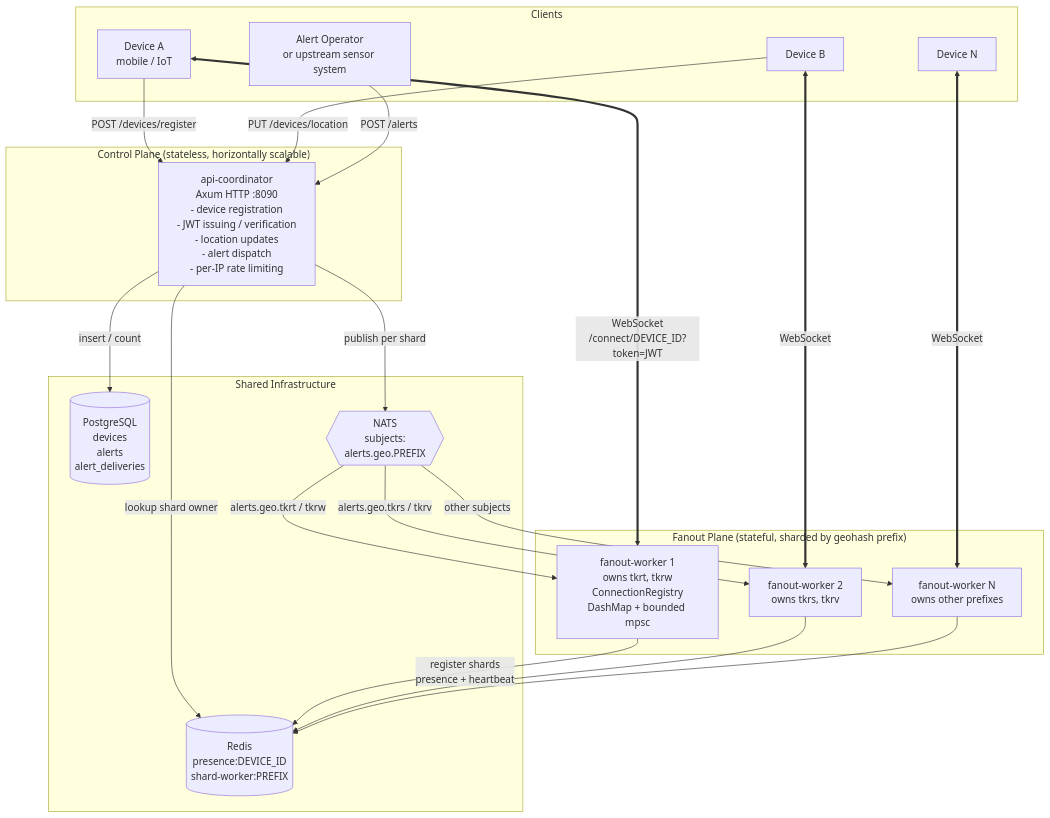
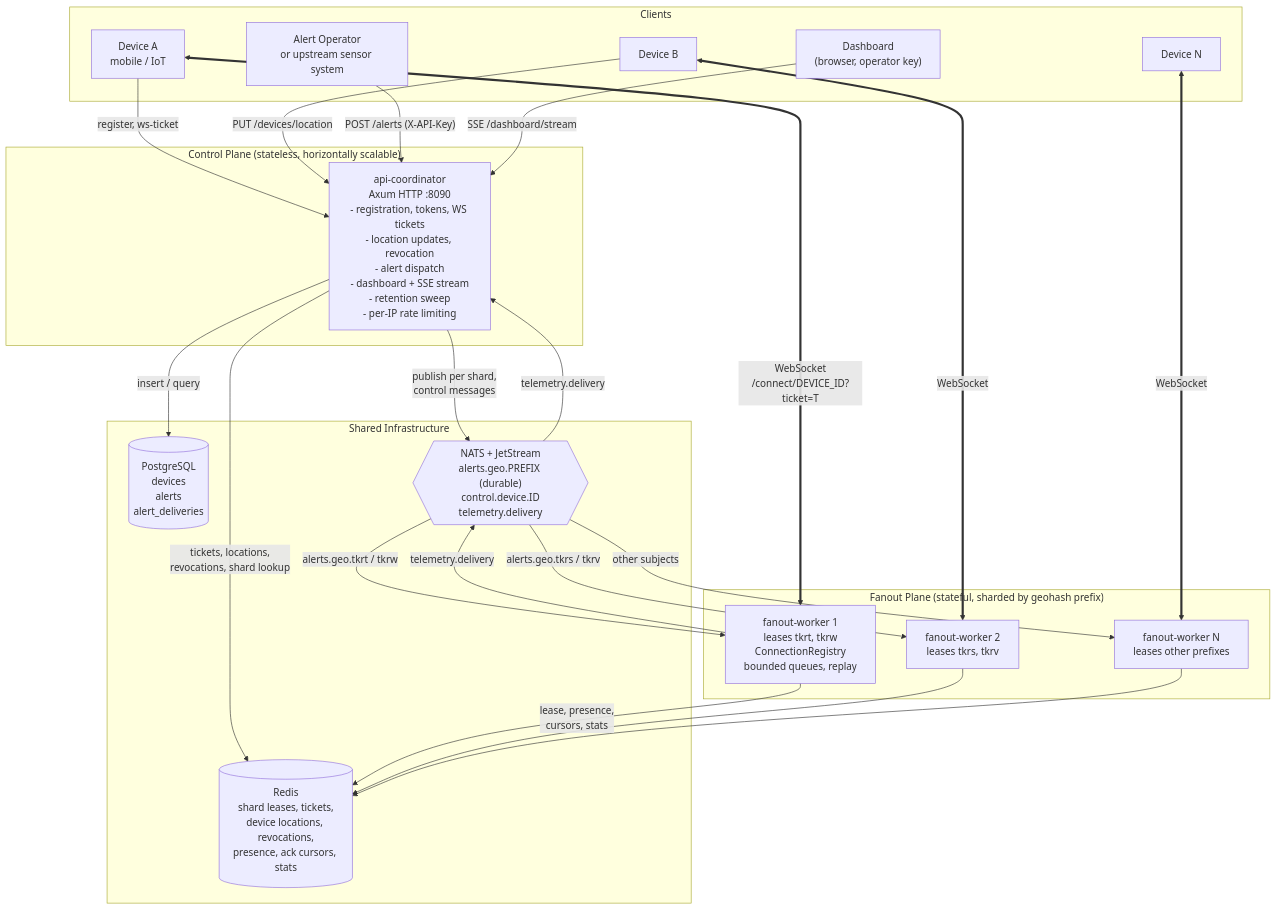
The first of 14 diagrams in README.md (MuaazTasawar/pulsegrid), drawn with Mermaid before and after one commit. The commit also changed other lines of this file and 4 other files, not shown here.

````diff
--- a/README.md
+++ b/README.md
@@ -95,45 +104,49 @@
 ```mermaid
 flowchart TB
     subgraph Clients["Clients"]
         D1["Device A<br/>mobile / IoT"]
         D2["Device B"]
         D3["Device N"]
         OP["Alert Operator<br/>or upstream sensor system"]
+        DASH["Dashboard<br/>(browser, operator key)"]
     end
 
     subgraph Control["Control Plane (stateless, horizontally scalable)"]
-        API["api-coordinator<br/>Axum HTTP :8090<br/>- device registration<br/>- JWT issuing / verification<br/>- location updates<br/>- alert dispatch<br/>- per-IP rate limiting"]
+        API["api-coordinator<br/>Axum HTTP :8090<br/>- registration, tokens, WS tickets<br/>- location updates, revocation<br/>- alert dispatch<br/>- dashboard + SSE stream<br/>- retention sweep<br/>- per-IP rate limiting"]
     end
 
     subgraph Data["Shared Infrastructure"]
         PG[("PostgreSQL<br/>devices<br/>alerts<br/>alert_deliveries")]
-        NATS{{"NATS<br/>subjects:<br/>alerts.geo.PREFIX"}}
-        REDIS[("Redis<br/>presence:DEVICE_ID<br/>shard-worker:PREFIX")]
+        NATS{{"NATS + JetStream<br/>alerts.geo.PREFIX (durable)<br/>control.device.ID<br/>telemetry.delivery"}}
+        REDIS[("Redis<br/>shard leases, tickets,<br/>device locations, revocations,<br/>presence, ack cursors, stats")]
     end
 
     subgraph Fanout["Fanout Plane (stateful, sharded by geohash prefix)"]
-        W1["fanout-worker 1<br/>owns tkrt, tkrw<br/>ConnectionRegistry<br/>DashMap + bounded mpsc"]
-        W2["fanout-worker 2<br/>owns tkrs, tkrv"]
-        WN["fanout-worker N<br/>owns other prefixes"]
+        W1["fanout-worker 1<br/>leases tkrt, tkrw<br/>ConnectionRegistry<br/>bounded queues, replay"]
+        W2["fanout-worker 2<br/>leases tkrs, tkrv"]
+        WN["fanout-worker N<br/>leases other prefixes"]
     end
 
-    D1 -- "POST /devices/register" --> API
+    D1 -- "register, ws-ticket" --> API
     D2 -- "PUT /devices/location" --> API
-    OP -- "POST /alerts" --> API
+    OP -- "POST /alerts (X-API-Key)" --> API
+    DASH -- "SSE /dashboard/stream" --> API
 
-    API -- "insert / count" --> PG
-    API -- "lookup shard owner" --> REDIS
-    API -- "publish per shard" --> NATS
+    API -- "insert / query" --> PG
+    API -- "tickets, locations,<br/>revocations, shard lookup" --> REDIS
+    API -- "publish per shard,<br/>control messages" --> NATS
+    NATS -- "telemetry.delivery" --> API
 
-    W1 -- "register shards<br/>presence + heartbeat" --> REDIS
+    W1 -- "lease, presence,<br/>cursors, stats" --> REDIS
     W2 --> REDIS
     WN --> REDIS
 
     NATS -- "alerts.geo.tkrt / tkrw" --> W1
     NATS -- "alerts.geo.tkrs / tkrv" --> W2
     NATS -- "other subjects" --> WN
+    W1 -- "telemetry.delivery" --> NATS
 
-    D1 <== "WebSocket<br/>/connect/DEVICE_ID?token=JWT" ==> W1
+    D1 <== "WebSocket<br/>/connect/DEVICE_ID?ticket=T" ==> W1
     D2 <== "WebSocket" ==> W2
     D3 <== "WebSocket" ==> WN
 ```
````
